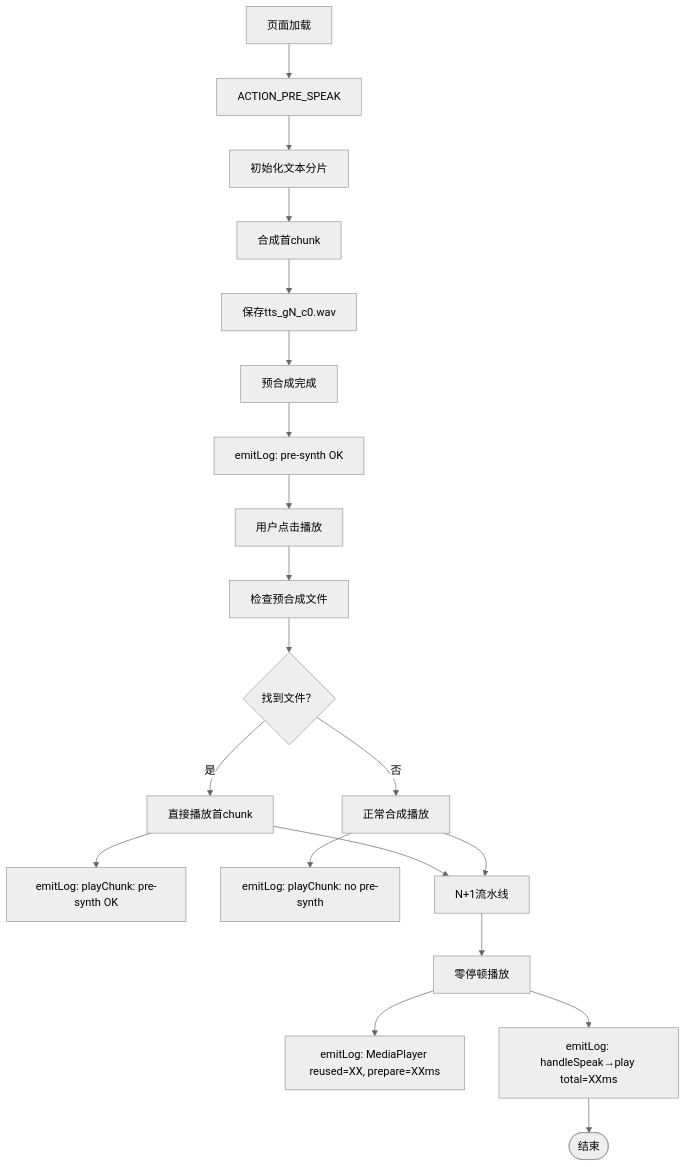
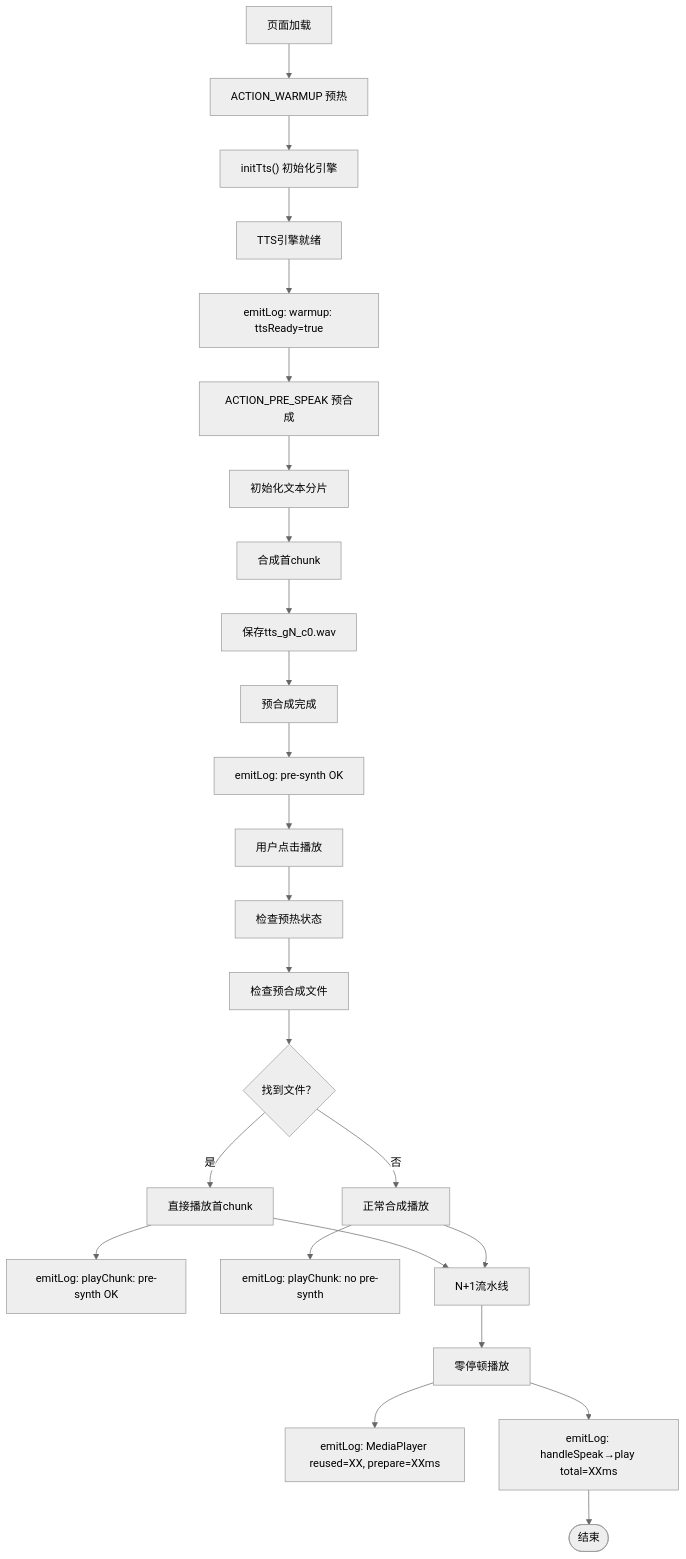
Before and after one commit to zhao-zg/cx: the eighth of 11 diagrams in .qoder/repowiki/zh/content/移动应用开发/移动应用开发.md, drawn with Mermaid (neutral theme). The commit also changed other lines of this file and 31 other files, not shown here.

````diff
--- a/.qoder/repowiki/zh/content/移动应用开发/移动应用开发.md
+++ b/.qoder/repowiki/zh/content/移动应用开发/移动应用开发.md
@@ -411,22 +433,27 @@
 ```mermaid
 flowchart TD
-PageLoad["页面加载"] --> PreSynth["ACTION_PRE_SPEAK"]
+PageLoad["页面加载"] --> Warmup["ACTION_WARMUP 预热"]
+Warmup --> InitTts["initTts() 初始化引擎"]
+InitTts --> Ready["TTS引擎就绪"]
+Ready --> PerfLog1["emitLog: warmup: ttsReady=true"]
+PerfLog1 --> PreSynth["ACTION_PRE_SPEAK 预合成"]
 PreSynth --> InitChunks["初始化文本分片"]
 InitChunks --> SynthesizeFirst["合成首chunk"]
 SynthesizeFirst --> SaveFile["保存tts_gN_c0.wav"]
-SaveFile --> Ready["预合成完成"]
-Ready --> PerfLog1["emitLog: pre-synth OK"]
-PerfLog1 --> UserClick["用户点击播放"]
-UserClick --> CheckPreSynth["检查预合成文件"]
+SaveFile --> Ready2["预合成完成"]
+Ready2 --> PerfLog2["emitLog: pre-synth OK"]
+PerfLog2 --> UserClick["用户点击播放"]
+UserClick --> CheckWarmup["检查预热状态"]
+CheckWarmup --> CheckPreSynth["检查预合成文件"]
 CheckPreSynth --> HasFile{"找到文件？"}
 HasFile --> |是| DirectPlay["直接播放首chunk"]
 HasFile --> |否| NormalSynth["正常合成播放"]
-DirectPlay --> PerfLog2["emitLog: playChunk: pre-synth OK"]
-NormalSynth --> PerfLog3["emitLog: playChunk: no pre-synth"]
+DirectPlay --> PerfLog3["emitLog: playChunk: pre-synth OK"]
+NormalSynth --> PerfLog4["emitLog: playChunk: no pre-synth"]
 DirectPlay --> Pipeline["N+1流水线"]
 NormalSynth --> Pipeline
 Pipeline --> ZeroDelay["零停顿播放"]
-ZeroDelay --> PerfLog4["emitLog: MediaPlayer reused=XX, prepare=XXms"]
+ZeroDelay --> PerfLog5["emitLog: MediaPlayer reused=XX, prepare=XXms"]
 ZeroDelay --> TotalTime["emitLog: handleSpeak→play total=XXms"]
 TotalTime --> End(["结束"])
 ```
````
